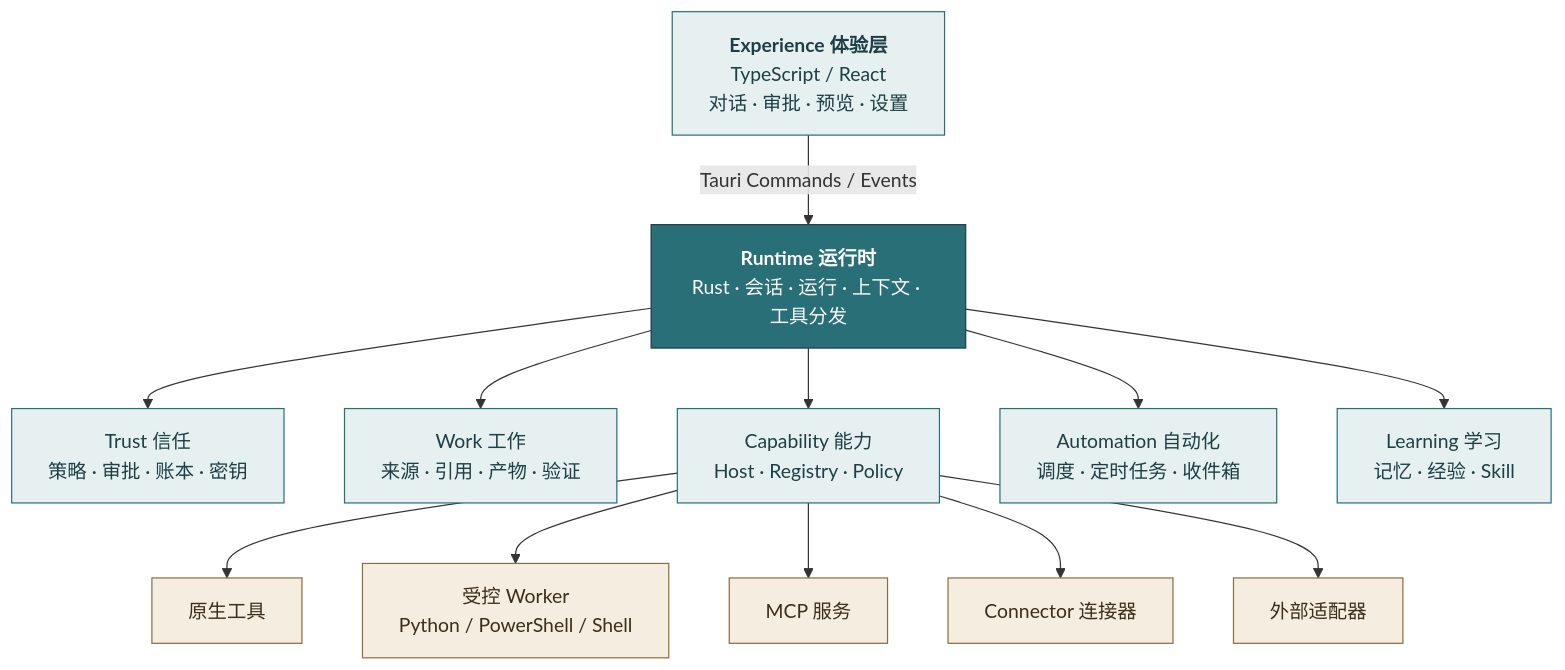
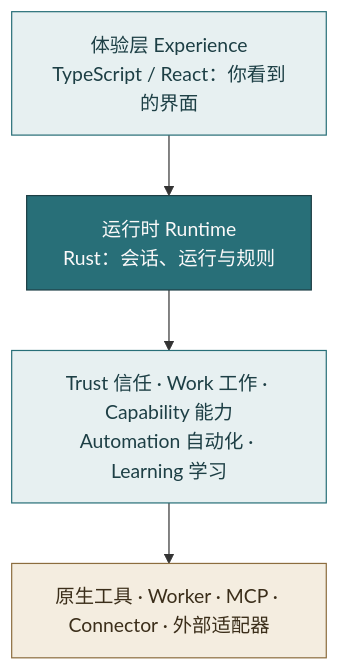
The second of 3 diagrams in README.md (fongap-labs/delta), drawn with Mermaid before and after one commit. The commit also changed other lines of this file, not shown here.

````diff
--- a/README.md
+++ b/README.md
@@ -91,24 +100,12 @@
 ```mermaid
 flowchart TB
-    UI["<b>Experience 体验层</b><br/>TypeScript / React<br/>对话 · 审批 · 预览 · 设置"]
-    RT["<b>Runtime 运行时</b><br/>Rust · 会话 · 运行 · 上下文 · 工具分发"]
-    TR["Trust 信任<br/>策略 · 审批 · 账本 · 密钥"]
-    WK["Work 工作<br/>来源 · 引用 · 产物 · 验证"]
-    CP["Capability 能力<br/>Host · Registry · Policy"]
-    AU["Automation 自动化<br/>调度 · 定时任务 · 收件箱"]
-    LE["Learning 学习<br/>记忆 · 经验 · Skill"]
-    NT["原生工具"]
-    WO["受控 Worker<br/>Python / PowerShell / Shell"]
-    MC["MCP 服务"]
-    CO["Connector 连接器"]
-    EA["外部适配器"]
-    UI -->|"Tauri Commands / Events"| RT
-    RT --> TR & WK & CP & AU & LE
-    CP --> NT & WO & MC & CO & EA
+    UI["体验层 Experience<br/>TypeScript / React：你看到的界面"] --> RT["运行时 Runtime<br/>Rust：会话、运行与规则"]
+    RT --> MOD["Trust 信任 · Work 工作 · Capability 能力<br/>Automation 自动化 · Learning 学习"]
+    MOD --> SRC["原生工具 · Worker · MCP · Connector · 外部适配器"]
     classDef brand fill:#286F78,stroke:#1D3F45,color:#FBF9F9
     classDef soft fill:#E7F0F1,stroke:#286F78,color:#1D3F45
     classDef warm fill:#F4EDE0,stroke:#8C6D3F,color:#3B2E1A
     class RT brand
-    class UI,TR,WK,CP,AU,LE soft
-    class NT,WO,MC,CO,EA warm
+    class UI,MOD soft
+    class SRC warm
 ```
````
